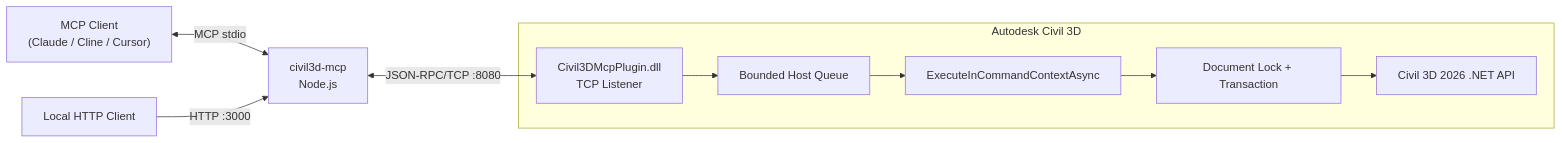
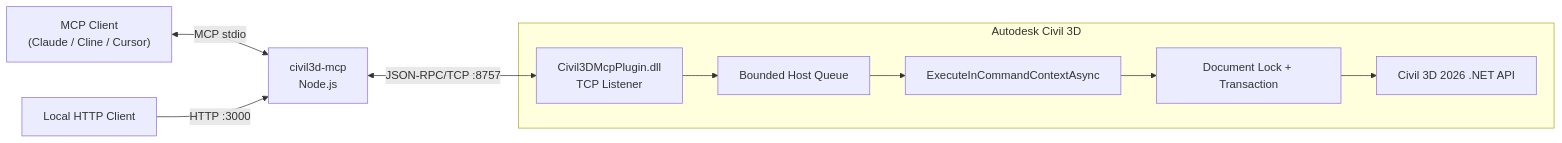
Before and after one commit to Joshua8-AI/Civil3D-mcp: the diagram in README.md, drawn with Mermaid. The commit also changed other lines of this file and 6 other files, not shown here.

````diff
--- a/README.md
+++ b/README.md
@@ -270,16 +270,16 @@
 ```mermaid
 flowchart LR
     Client["MCP Client\n(Claude / Cline / Cursor)"] <-->|"MCP stdio"| Server["civil3d-mcp\nNode.js"]
     HttpClient["Local HTTP Client"] -->|"HTTP :3000"| Server
-    Server <-->|"JSON-RPC/TCP :8080"| Plugin
+    Server <-->|"JSON-RPC/TCP :8757"| Plugin
 
     subgraph Civil3D ["Autodesk Civil 3D"]
         Plugin["Civil3DMcpPlugin.dll\nTCP Listener"]
         Queue["Bounded Host Queue"]
         Context["ExecuteInCommandContextAsync"]
         Safety["Document Lock + Transaction"]
         API["Civil 3D 2026 .NET API"]
 
         Plugin --> Queue --> Context --> Safety --> API
     end
 ```
````
